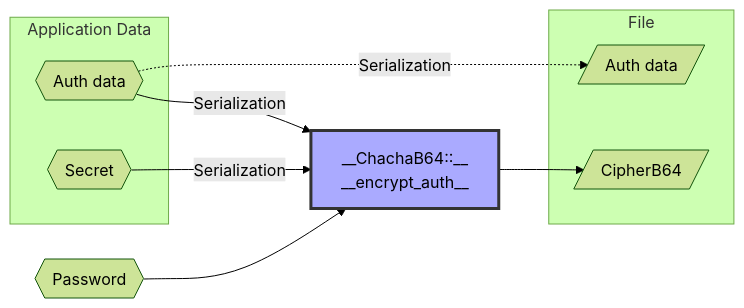
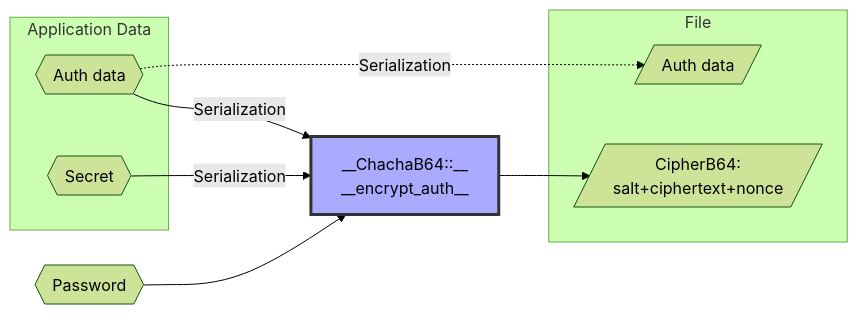
One commit to emabee/pwsec changed the first of 2 diagrams in README.md. Above: the diagram before and after it, drawn with Mermaid (forest theme). The commit also changed other lines of this file, not shown here.

Commit message:
Small docu improvement

````diff
--- a/README.md
+++ b/README.md
@@ -30,32 +30,33 @@
 ```mermaid
 flowchart LR
 
 A1{{Auth data}}
 A2[/Auth data/]
-C[/CipherB64/]
+C[/CipherB64:
+salt+ciphertext+nonce/]
 E[__ChachaB64::__
 __encrypt_auth__
 ]
-M{{Password}}
-P{{Secret}}
+P{{Password}}
+S{{Secret}}
 
 style E fill:#AAf,stroke:#333,stroke-width:3px
 
 subgraph File
     C
     A2
 end
 
 subgraph Application Data
     A1
-    P
+    S
 end
-M
+P
 
-M --> E
-P -- Serialization --> E
+P --> E
+S -- Serialization --> E
 A1 -- Serialization --> E
 
 E --> C
 A1 -. Serialization .-> A2
 ```
````
